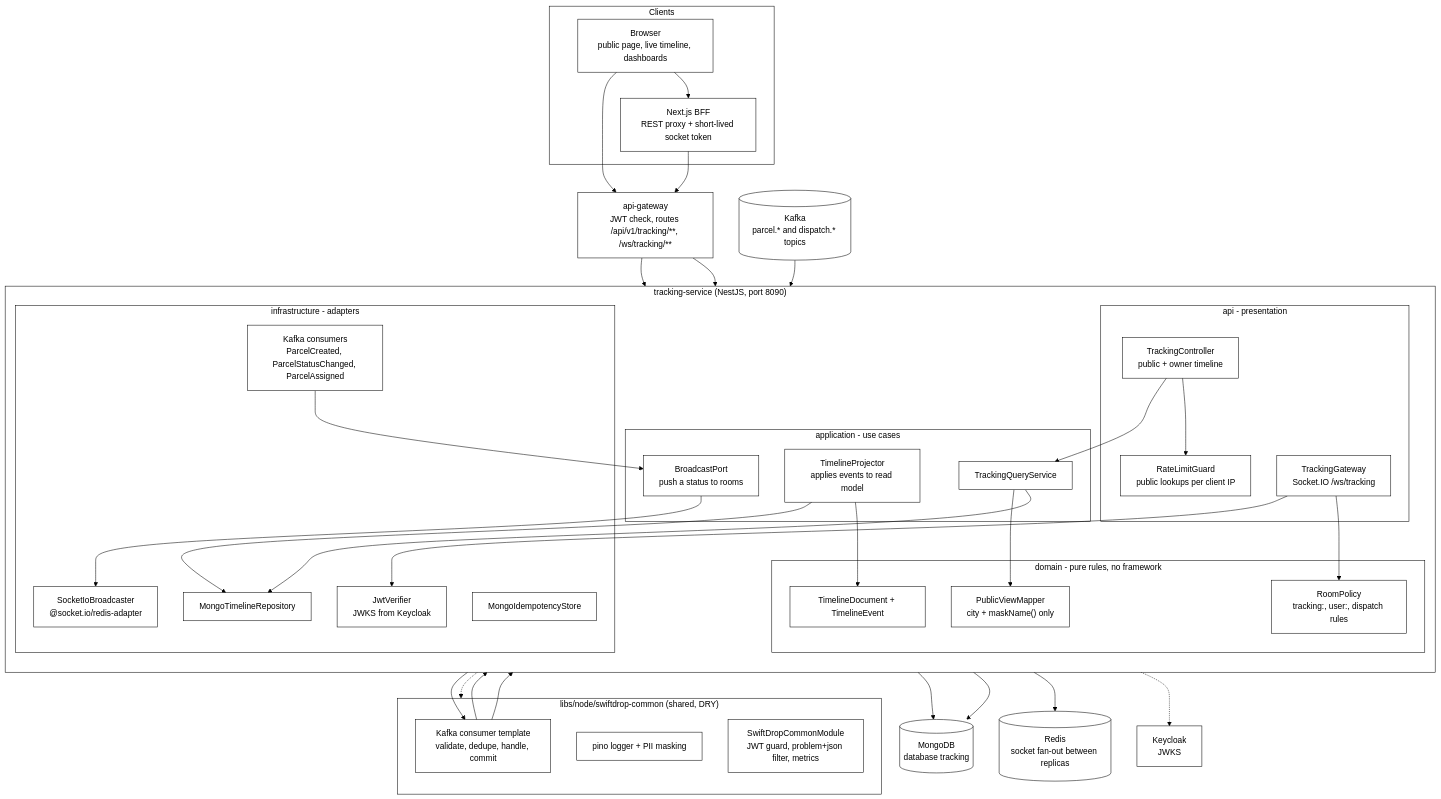
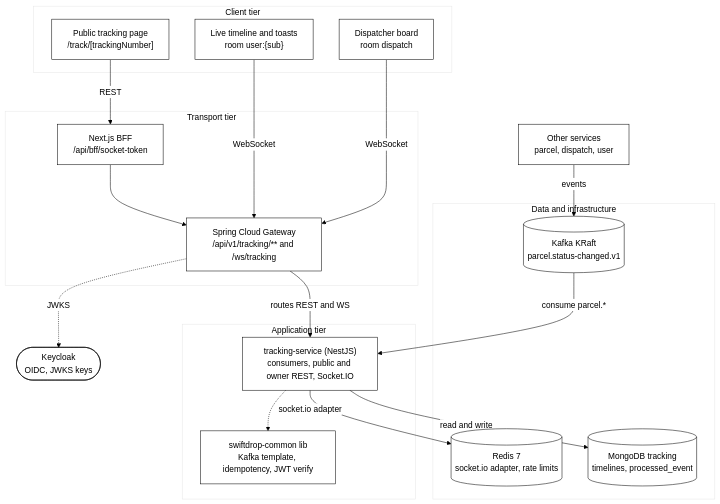
One commit to Pasidu-Mihiranga/SwiftDrop changed the diagram in doc/diagrams/m6-real-time-tracking/architecture-m6-tracking-module.mmd. Above: the diagram before and after it, drawn with Mermaid. The commit also changed 39 other files, not shown here.

First line of the commit message:
docs(m6): redraw real-time tracking diagrams in the M10 design style

```diff
--- a/doc/diagrams/m6-real-time-tracking/architecture-m6-tracking-module.mmd
+++ b/doc/diagrams/m6-real-time-tracking/architecture-m6-tracking-module.mmd
@@ -1,74 +1,35 @@
-%%{init: {"theme":"base","themeVariables":{"background":"#ffffff","mainBkg":"#ffffff","primaryColor":"#ffffff","primaryBorderColor":"#000000","primaryTextColor":"#000000","secondaryColor":"#f2f2f2","tertiaryColor":"#ffffff","lineColor":"#000000","textColor":"#000000","clusterBkg":"#ffffff","clusterBorder":"#000000","titleColor":"#000000","edgeLabelBackground":"#ffffff","fontFamily":"Arial, Helvetica, sans-serif"}}}%%
-%% M6 module design: layers inside tracking-service and the shared Node library it reuses.
-%% Layering follows the NestJS template: api -> application -> domain, with infrastructure adapters
-%% implementing ports that application/domain declare (dependency inversion).
+%%{init: {"theme":"base","themeVariables":{"primaryColor":"#ffffff","primaryBorderColor":"#000000","primaryTextColor":"#000000","lineColor":"#000000","background":"#ffffff","fontFamily":"Arial"}}}%%
+%% M6 module architecture: four tiers. Editable source for architecture-m6-tracking-module.svg / .png.
 flowchart TB
-    subgraph CLIENTS["Clients"]
-        BROWSER["Browser<br/>public page, live timeline, dashboards"]
-        BFF["Next.js BFF<br/>REST proxy + short-lived socket token"]
+    subgraph CLIENT["Client tier"]
+        PUB["Public tracking page<br/>/track/[trackingNumber]"]
+        LIVE["Live timeline and toasts<br/>room user:{sub}"]
+        DBOARD["Dispatcher board<br/>room dispatch"]
     end
+    subgraph TRANSPORT["Transport tier"]
+        BFF["Next.js BFF<br/>/api/bff/socket-token"]
+        GW["Spring Cloud Gateway<br/>/api/v1/tracking/** and /ws/tracking"]
+    end
+    subgraph APP["Application tier"]
+        TRK["tracking-service (NestJS)<br/>consumers, public and owner REST, Socket.IO"]
+        COMMON["swiftdrop-common lib<br/>Kafka template, idempotency, JWT verify"]
+    end
+    subgraph DATA["Data and infrastructure"]
+        MONGO[("MongoDB tracking<br/>timelines, processed_event")]
+        KAFKA[("Kafka KRaft<br/>parcel.status-changed.v1")]
+        REDIS[("Redis 7<br/>socket.io adapter, rate limits")]
+    end
+    KC(["Keycloak<br/>OIDC, JWKS keys"])
+    OTHER["Other services<br/>parcel, dispatch, user"]
 
-    GW["api-gateway<br/>JWT check, routes /api/v1/tracking/**, /ws/tracking/**"]
-
-    subgraph TS["tracking-service (NestJS, port 8090)"]
-        direction TB
-        subgraph API["api - presentation"]
-            CTRL["TrackingController<br/>public + owner timeline"]
-            WSG["TrackingGateway<br/>Socket.IO /ws/tracking"]
-            GUARD["RateLimitGuard<br/>public lookups per client IP"]
-        end
-        subgraph APP["application - use cases"]
-            QRY["TrackingQueryService"]
-            PROJ["TimelineProjector<br/>applies events to read model"]
-            BCAST["BroadcastPort<br/>push a status to rooms"]
-        end
-        subgraph DOM["domain - pure rules, no framework"]
-            TL["TimelineDocument + TimelineEvent"]
-            VIEW["PublicViewMapper<br/>city + maskName() only"]
-            ROOMS["RoomPolicy<br/>tracking:, user:, dispatch rules"]
-        end
-        subgraph INFRA["infrastructure - adapters"]
-            CONS["Kafka consumers<br/>ParcelCreated, ParcelStatusChanged, ParcelAssigned"]
-            REPO["MongoTimelineRepository"]
-            IDEM["MongoIdempotencyStore"]
-            SIO["SocketIoBroadcaster<br/>@socket.io/redis-adapter"]
-            JWTV["JwtVerifier<br/>JWKS from Keycloak"]
-        end
-    end
-
-    subgraph SHARED["libs/node/swiftdrop-common (shared, DRY)"]
-        TMPL["Kafka consumer template<br/>validate, dedupe, handle, commit"]
-        PII["pino logger + PII masking"]
-        NESTMOD["SwiftDropCommonModule<br/>JWT guard, problem+json filter, metrics"]
-    end
-
-    KAFKA[("Kafka<br/>parcel.* and dispatch.* topics")]
-    MONGO[("MongoDB<br/>database tracking")]
-    REDIS[("Redis<br/>socket fan-out between replicas")]
-    KC["Keycloak<br/>JWKS"]
-
-    BROWSER --> BFF
-    BROWSER --> GW
+    PUB -- "REST" --> BFF
+    LIVE -- "WebSocket" --> GW
+    DBOARD -- "WebSocket" --> GW
     BFF --> GW
-    GW --> CTRL
-    GW --> WSG
-
-    CTRL --> GUARD
-    CTRL --> QRY
-    WSG --> ROOMS
-    WSG --> JWTV
-    QRY --> REPO
-    QRY --> VIEW
-    PROJ --> TL
-    PROJ --> REPO
-    CONS --> TMPL
-    TMPL --> IDEM
-    TMPL --> PROJ
-    CONS --> BCAST
-    BCAST --> SIO
-    SIO --> REDIS
-    REPO --> MONGO
-    IDEM --> MONGO
-    KAFKA --> CONS
-    JWTV -.-> KC
-    TS -.-> SHARED
+    GW -- "routes REST and WS" --> TRK
+    TRK -- "read and write" --> MONGO
+    KAFKA -- "consume parcel.*" --> TRK
+    TRK -- "socket.io adapter" --> REDIS
+    TRK -.-> COMMON
+    GW -. "JWKS" .-> KC
+    OTHER -- "events" --> KAFKA
```
